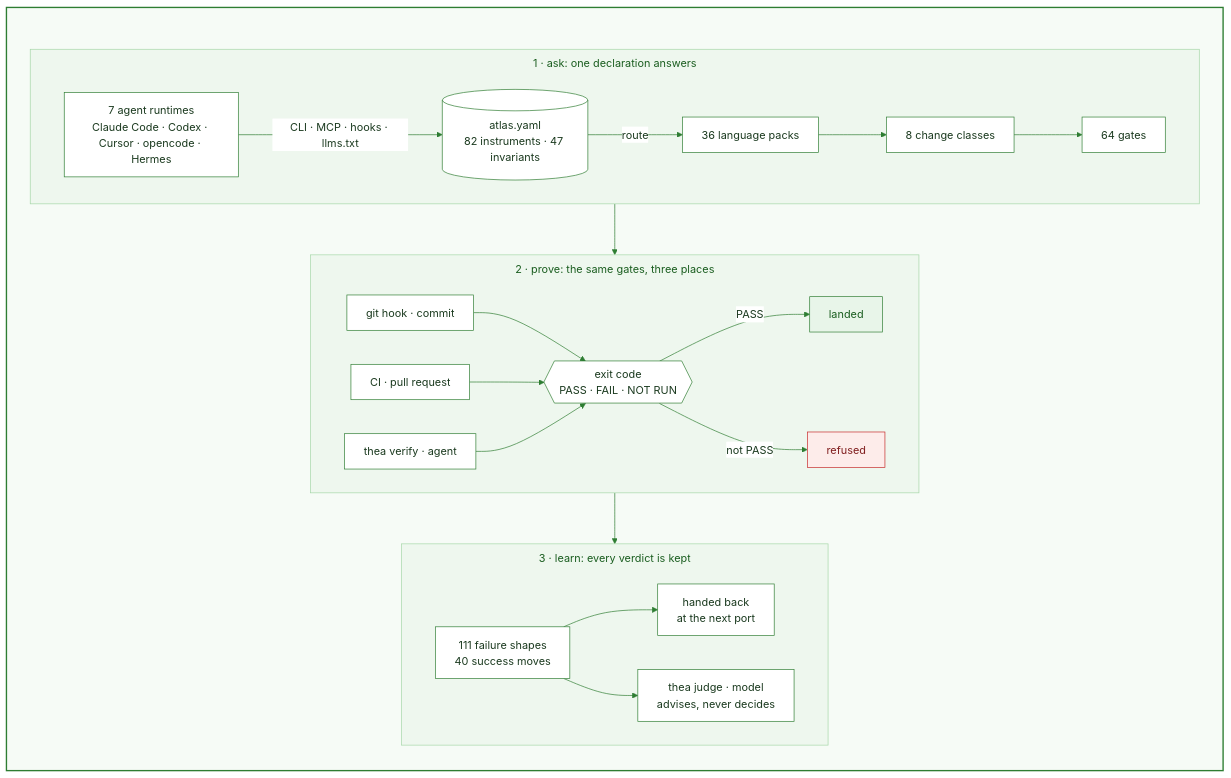
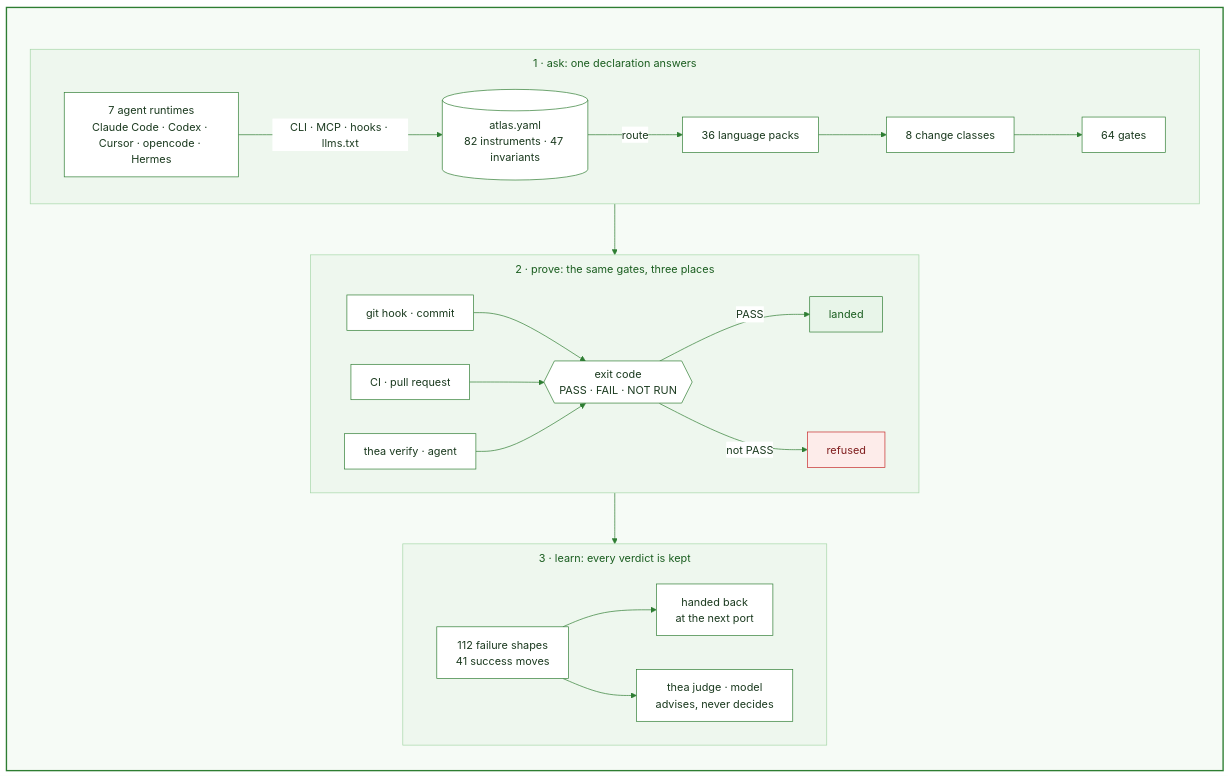
The diagram in README.md (HLIntel/Headron), drawn with Mermaid before and after one commit. The commit also changed other lines of this file and 15 other files, not shown here.

````diff
--- a/README.md
+++ b/README.md
@@ -40,45 +40,45 @@
 ```mermaid
 ---
 config:
   theme: base
   themeVariables:
     primaryColor: "#ffffff"
     primaryBorderColor: "#2e7d32"
     primaryTextColor: "#1b3a1f"
     lineColor: "#2e7d32"
     clusterBkg: "#eef7ee"
     clusterBorder: "#a5d6a7"
     titleColor: "#1b5e20"
   flowchart:
     subGraphTitleMargin: {top: 8, bottom: 16}
     padding: 14
 ---
 flowchart TB
   accTitle: How Thea proves a change
   accDescr: 7 runtimes ask, atlas.yaml routes to 1 of 36 packs and 64 gates, the same gates run at commit, in CI and in thea verify, anything but PASS is refused, verdicts feed the failure and success ledgers, a trained judge only advises
   subgraph thea [" "]
     direction TB
     subgraph ask [1 · ask: one declaration answers]
       direction LR
       A[7 agent runtimes<br>Claude Code · Codex · Cursor · opencode · Hermes] -->|CLI · MCP · hooks · llms.txt| D[(atlas.yaml<br>82 instruments · 47 invariants)]
       D -->|route| P[36 language packs] --> K[8 change classes] --> G[64 gates]
     end
     subgraph run [2 · prove: the same gates, three places]
       direction LR
       H[git hook · commit] & C[CI · pull request] & R[thea verify · agent] --> V{{exit code<br>PASS · FAIL · NOT RUN}}
       V -->|PASS| M[landed]
       V -->|not PASS| X[refused]
     end
     subgraph learn [3 · learn: every verdict is kept]
       direction LR
-      F[111 failure shapes<br>40 success moves] --> N[handed back<br>at the next port]
+      F[112 failure shapes<br>41 success moves] --> N[handed back<br>at the next port]
       F --> J[thea judge · model<br>advises, never decides]
     end
     ask --> run --> learn
   end
   style thea fill:#f6fbf6,stroke:#2e7d32,stroke-width:2px
   classDef stop fill:#fdecea,stroke:#c62828,color:#7f1d1d
   classDef go fill:#e8f5e9,stroke:#2e7d32,color:#1b5e20
   class X stop
   class M go
 ```
````
